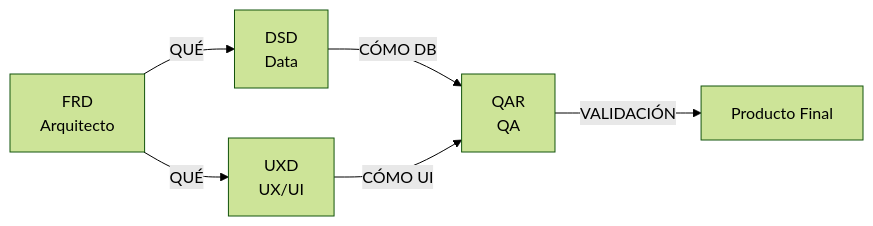
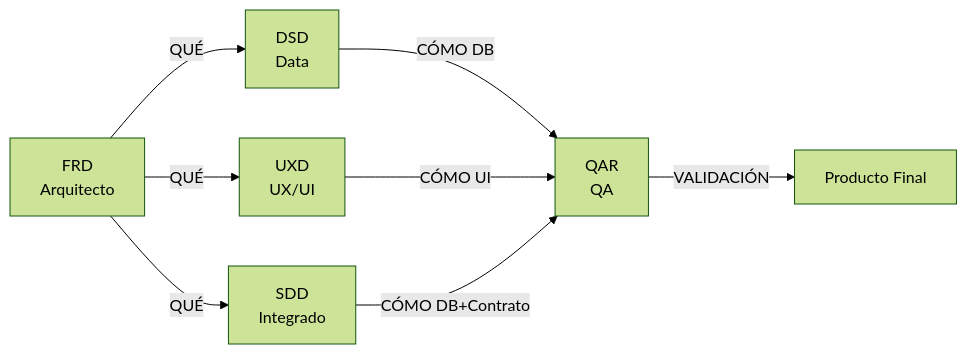
Before and after one commit to YamirJCF/tienda-barrio-pro: the first of 2 diagrams in documentation/01_requirements/DOCUMENTATION_STANDARD.md, drawn with Mermaid (forest theme). The commit also changed other lines of this file and 91 other files, not shown here.

````diff
--- a/documentation/01_requirements/DOCUMENTATION_STANDARD.md
+++ b/documentation/01_requirements/DOCUMENTATION_STANDARD.md
@@ -18,8 +19,10 @@
 ```mermaid
 graph LR
-    A[FRD<br>Arquitecto] -->|QUÉ| B[DSD<br>Data]
-    A -->|QUÉ| C[UXD<br>UX/UI]
-    B -->|CÓMO DB| D[QAR<br>QA]
-    C -->|CÓMO UI| D
+    A["FRD<br>Arquitecto"] -->|QUÉ| B["DSD<br>Data"]
+    A -->|QUÉ| C["UXD<br>UX/UI"]
+    A -->|QUÉ| S["SDD<br>Integrado"]
+    B -->|"CÓMO DB"| D["QAR<br>QA"]
+    C -->|"CÓMO UI"| D
+    S -->|"CÓMO DB+Contrato"| D
     D -->|VALIDACIÓN| E[Producto Final]
 ```
````
